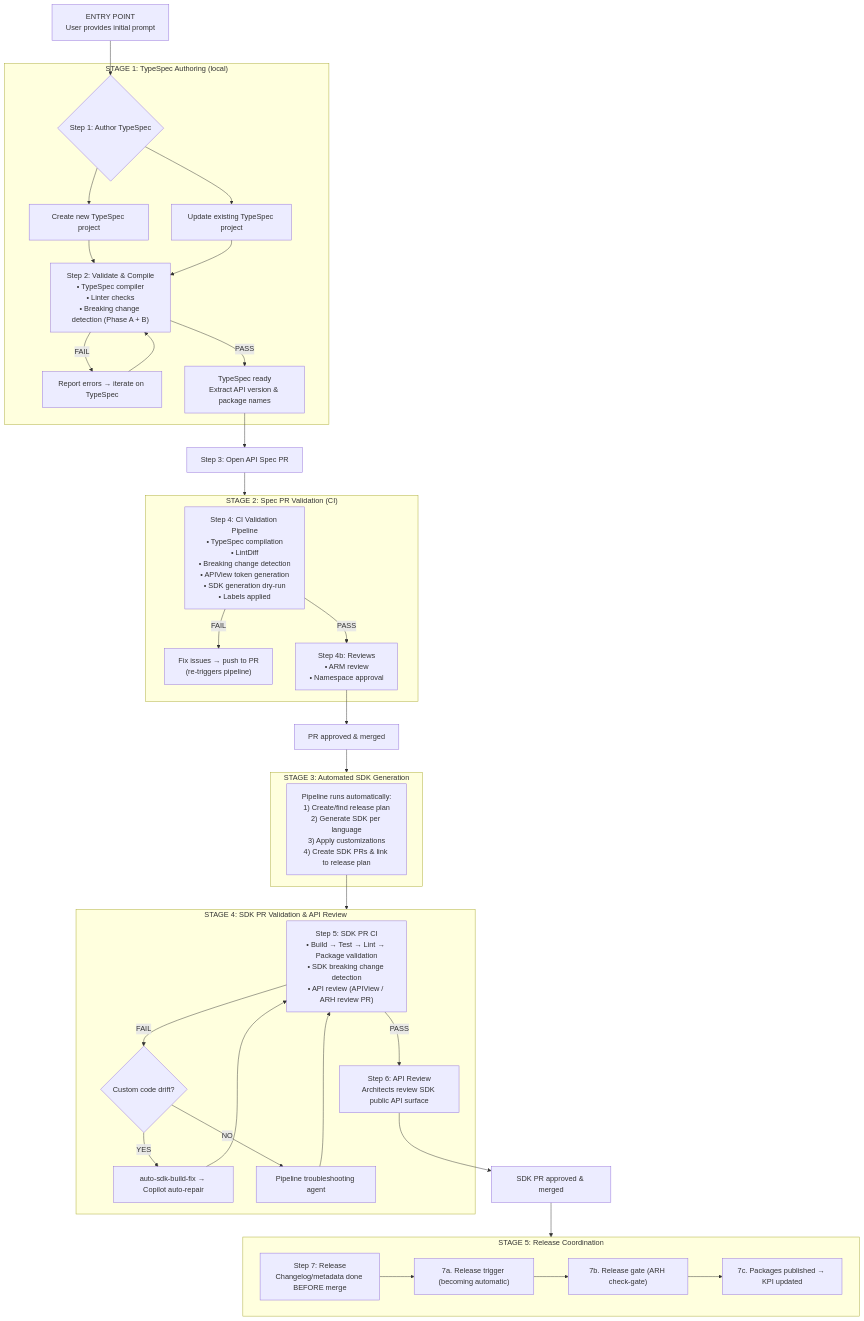
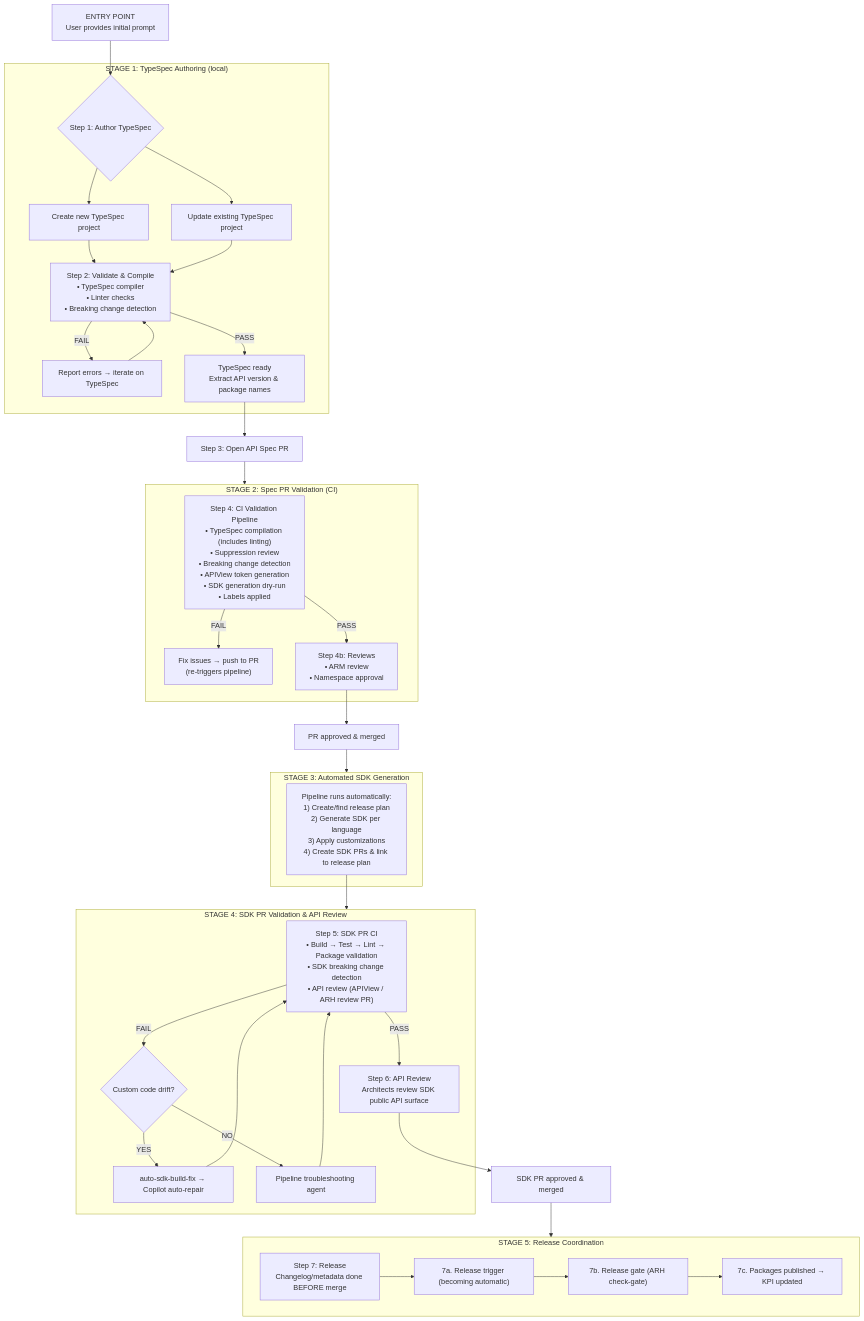
One commit to Azure/azure-sdk-tools changed the second of 2 diagrams in tools/azsdk-cli/docs/specs/typespec-to-sdk-release-workflow.spec.md. Above: the diagram before and after it, drawn with Mermaid. The commit also changed other lines of this file, not shown here.

First line of the commit message:
Address review feedback: ownership, terminology, breaking changes, tooling

````diff
--- a/tools/azsdk-cli/docs/specs/typespec-to-sdk-release-workflow.spec.md
+++ b/tools/azsdk-cli/docs/specs/typespec-to-sdk-release-workflow.spec.md
@@ -711,56 +707,56 @@
 ```mermaid
 flowchart TD
     %% Stage 1: TypeSpec Authoring
     entry["ENTRY POINT<br/>User provides initial prompt"]
     entry --> step1
 
     subgraph S1["STAGE 1: TypeSpec Authoring (local)"]
         step1{"Step 1: Author TypeSpec"}
         step1 --> newProj["Create new TypeSpec project"]
         step1 --> updateProj["Update existing TypeSpec project"]
         newProj --> step2
         updateProj --> step2
-        step2["Step 2: Validate & Compile<br/>• TypeSpec compiler<br/>• Linter checks<br/>• Breaking change detection (Phase A + B)"]
+        step2["Step 2: Validate & Compile<br/>• TypeSpec compiler<br/>• Linter checks<br/>• Breaking change detection"]
         step2 -->|FAIL| fixLoop["Report errors → iterate on TypeSpec"]
         fixLoop --> step2
         step2 -->|PASS| ready["TypeSpec ready<br/>Extract API version & package names"]
     end
 
     ready --> step3["Step 3: Open API Spec PR"]
     step3 --> S2
 
     subgraph S2["STAGE 2: Spec PR Validation (CI)"]
-        step4["Step 4: CI Validation Pipeline<br/>• TypeSpec compilation<br/>• LintDiff<br/>• Breaking change detection<br/>• APIView token generation<br/>• SDK generation dry-run<br/>• Labels applied"]
+        step4["Step 4: CI Validation Pipeline<br/>• TypeSpec compilation (includes linting)<br/>• Suppression review<br/>• Breaking change detection<br/>• APIView token generation<br/>• SDK generation dry-run<br/>• Labels applied"]
         step4 -->|FAIL| fixPR["Fix issues → push to PR<br/>(re-triggers pipeline)"]
         step4 -->|PASS| reviews["Step 4b: Reviews<br/>• ARM review<br/>• Namespace approval"]
     end
 
     reviews --> merged["PR approved & merged"]
     merged --> S3
 
     subgraph S3["STAGE 3: Automated SDK Generation"]
         genPipeline["Pipeline runs automatically:<br/>1) Create/find release plan<br/>2) Generate SDK per language<br/>3) Apply customizations<br/>4) Create SDK PRs & link to release plan"]
     end
 
     genPipeline --> S4
 
     subgraph S4["STAGE 4: SDK PR Validation & API Review"]
         step5["Step 5: SDK PR CI<br/>• Build → Test → Lint → Package validation<br/>• SDK breaking change detection<br/>• API review (APIView / ARH review PR)"]
         step5 -->|FAIL| repair{"Custom code drift?"}
         repair -->|YES| autoRepair["auto-sdk-build-fix → Copilot auto-repair"]
         repair -->|NO| troubleshoot["Pipeline troubleshooting agent"]
         step5 -->|PASS| step6["Step 6: API Review<br/>Architects review SDK public API surface"]
         autoRepair --> step5
         troubleshoot --> step5
     end
 
     step6 --> sdkMerged["SDK PR approved & merged"]
     sdkMerged --> S5
 
     subgraph S5["STAGE 5: Release Coordination"]
         step7["Step 7: Release<br/>Changelog/metadata done BEFORE merge"]
         step7 --> trigger["7a. Release trigger (becoming automatic)"]
         trigger --> gate["7b. Release gate (ARH check-gate)"]
         gate --> publish["7c. Packages published → KPI updated"]
     end
 ```
````
